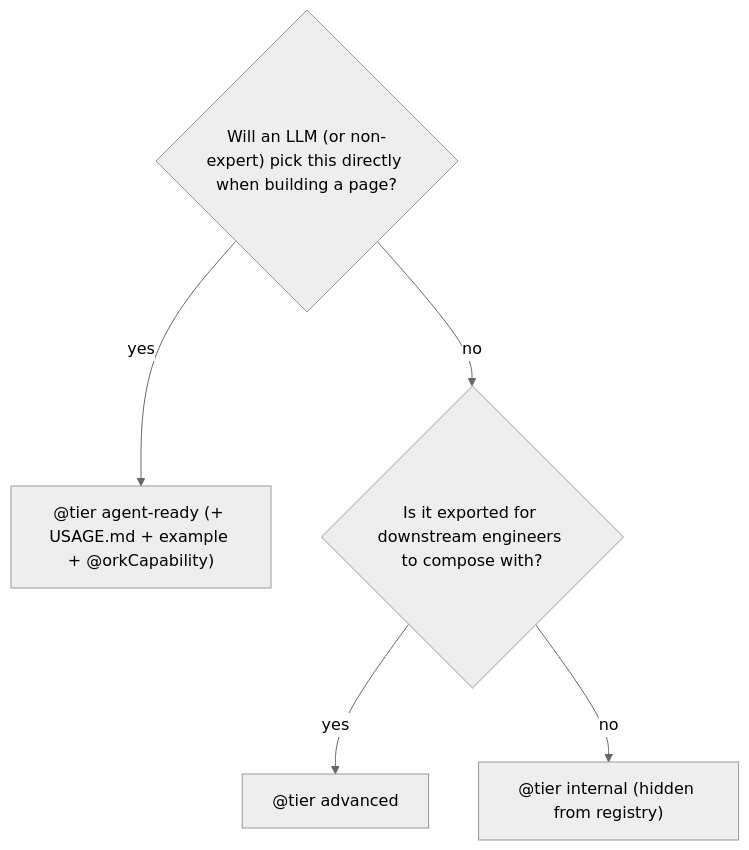
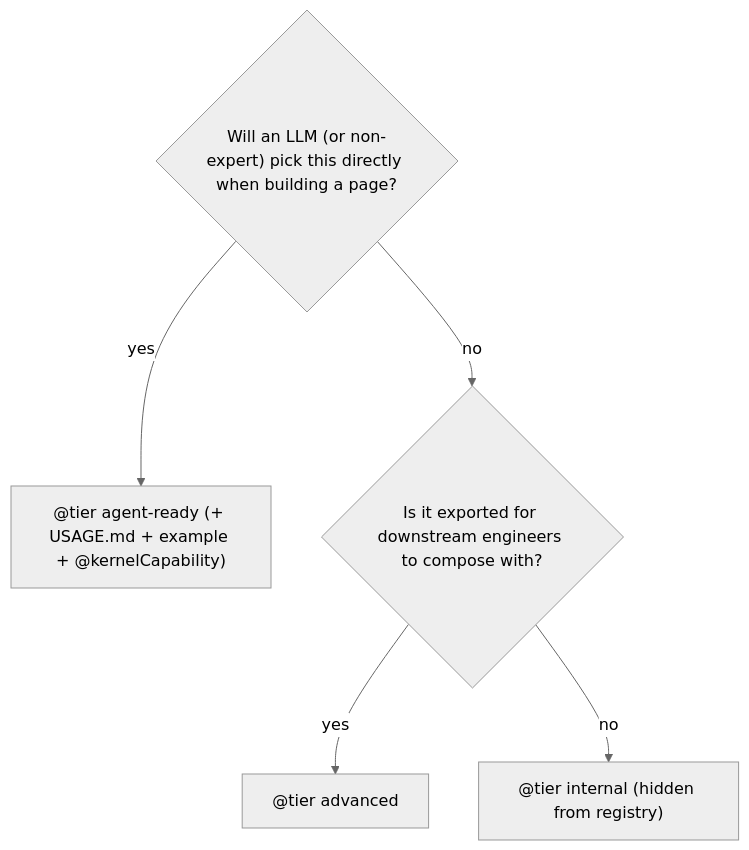
One commit to tetherto/mdk changed the first of 2 diagrams in ui/packages/react-devkit/AGENT_READY.md. Above: the diagram before and after it, drawn with Mermaid (neutral theme). The commit also changed other lines of this file and 4406 other files, not shown here.

````diff
--- a/ui/packages/react-devkit/AGENT_READY.md
+++ b/ui/packages/react-devkit/AGENT_READY.md
@@ -24,8 +24,8 @@
 ```mermaid
 flowchart TD
   ask{"Will an LLM (or non-expert) pick this directly when building a page?"}
-  ask -- yes --> agentReady["@tier agent-ready (+ USAGE.md + example + @orkCapability)"]
+  ask -- yes --> agentReady["@tier agent-ready (+ USAGE.md + example + @kernelCapability)"]
   ask -- no --> ask2{"Is it exported for downstream engineers to compose with?"}
   ask2 -- yes --> advanced["@tier advanced"]
   ask2 -- no --> internal["@tier internal (hidden from registry)"]
 ```
````
